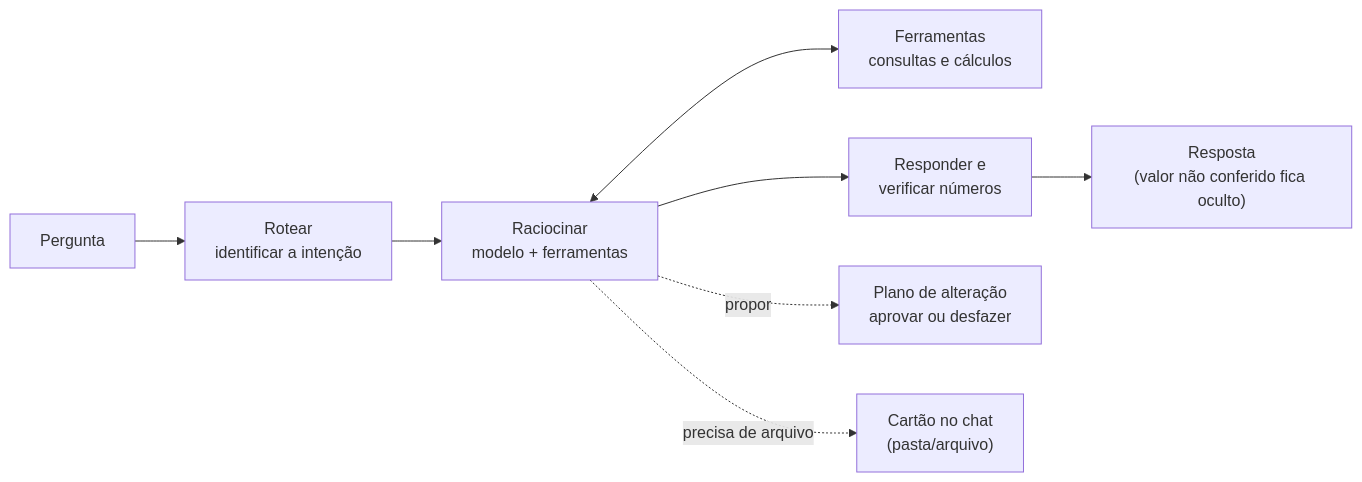
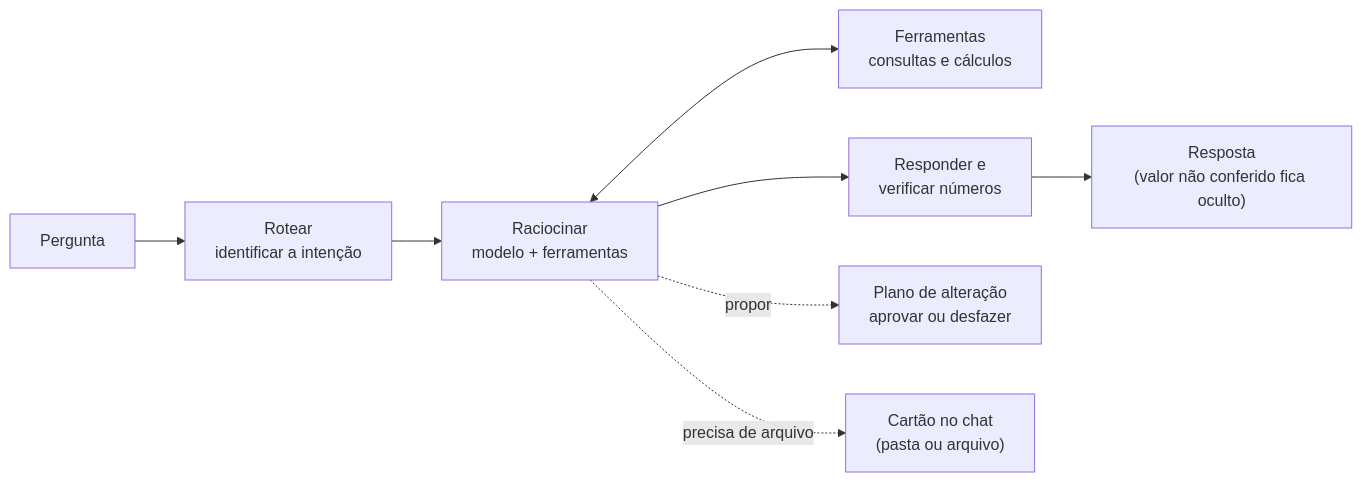
Before and after one commit to maumenvi/assistente-fin: the first of 5 diagrams in README.md, drawn with Mermaid. The commit also changed other lines of this file, not shown here.

````diff
--- a/README.md
+++ b/README.md
@@ -33,10 +33,10 @@
 ```mermaid
 flowchart LR
   U["Pergunta"] --> R["Rotear<br/>identificar a intenção"]
   R --> RE["Raciocinar<br/>modelo + ferramentas"]
   RE <--> T["Ferramentas<br/>consultas e cálculos"]
   RE --> A["Responder e<br/>verificar números"]
   A --> M["Resposta<br/>(valor não conferido fica oculto)"]
   RE -. propor .-> P["Plano de alteração<br/>aprovar ou desfazer"]
-  RE -. precisa de arquivo .-> F["Cartão no chat<br/>(pasta/arquivo)"]
+  RE -. precisa de arquivo .-> F["Cartão no chat<br/>(pasta ou arquivo)"]
 ```
````
